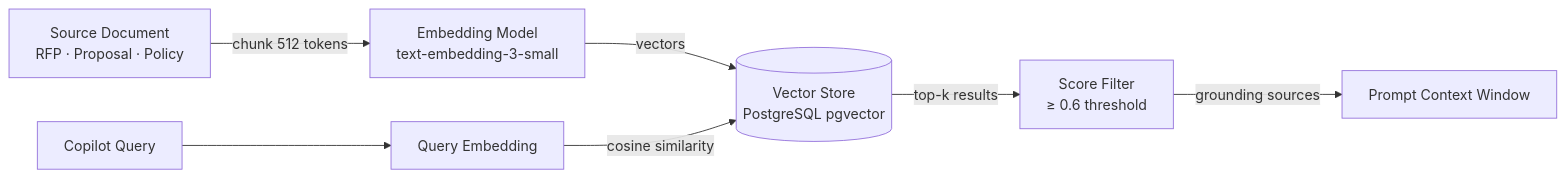
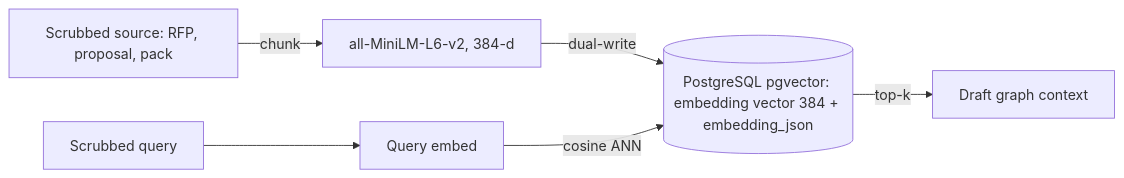
The second of 3 diagrams in docs/architecture/ai-pipeline.md (sanjayrkshetty/presales-hub), drawn with Mermaid before and after one commit. The commit also changed other lines of this file and 21 other files, not shown here.

First line of the commit message:
docs: align architecture with G1 / Post-G1 reality (#8)

````diff
--- a/docs/architecture/ai-pipeline.md
+++ b/docs/architecture/ai-pipeline.md
@@ -68,10 +53,8 @@
 ```mermaid
 flowchart LR
-    Doc[Source Document\nRFP · Proposal · Policy] -->|chunk 512 tokens| Embed
-    Embed[Embedding Model\ntext-embedding-3-small] -->|vectors| VS[(Vector Store\nPostgreSQL pgvector)]
-
-    Query[Copilot Query] --> QEmbed[Query Embedding]
-    QEmbed -->|cosine similarity| VS
-    VS -->|top-k results| Filter[Score Filter\n≥ 0.6 threshold]
-    Filter -->|grounding sources| Prompt[Prompt Context Window]
+    Doc["Scrubbed source: RFP, proposal, pack"] -->|chunk| Embed
+    Embed["all-MiniLM-L6-v2, 384-d"] -->|dual-write| VS[("PostgreSQL pgvector: embedding vector 384 + embedding_json")]
+    Query[Scrubbed query] --> QEmbed[Query embed]
+    QEmbed -->|cosine ANN| VS
+    VS -->|top-k| Prompt[Draft graph context]
 ```
````
